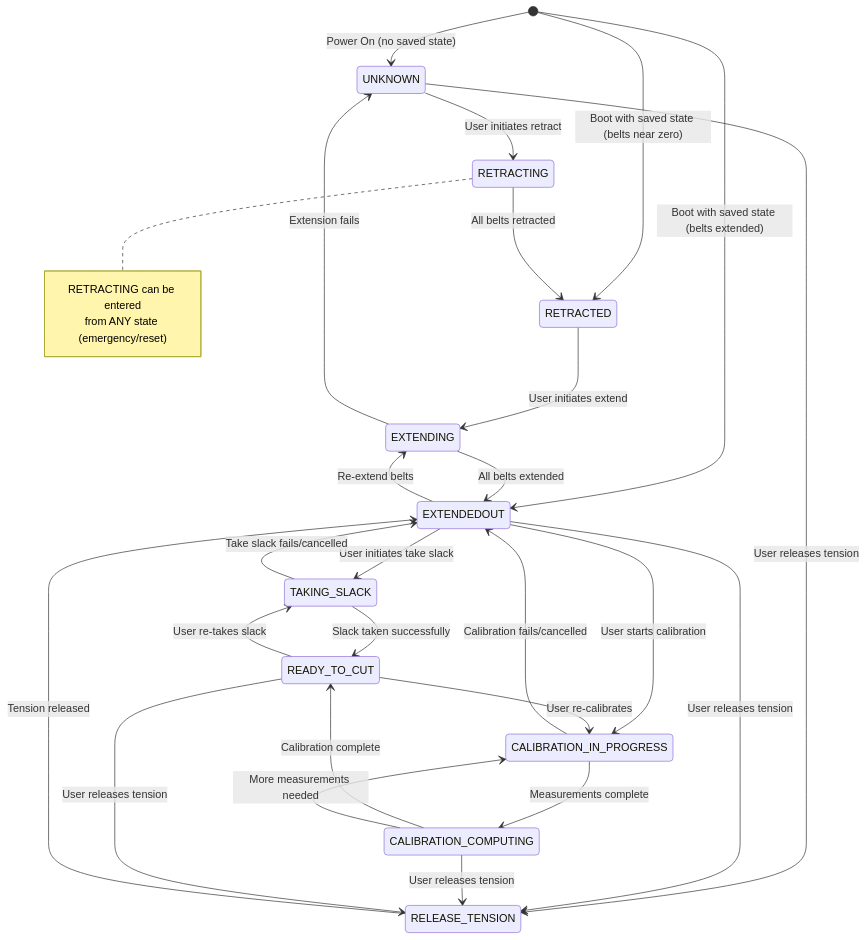
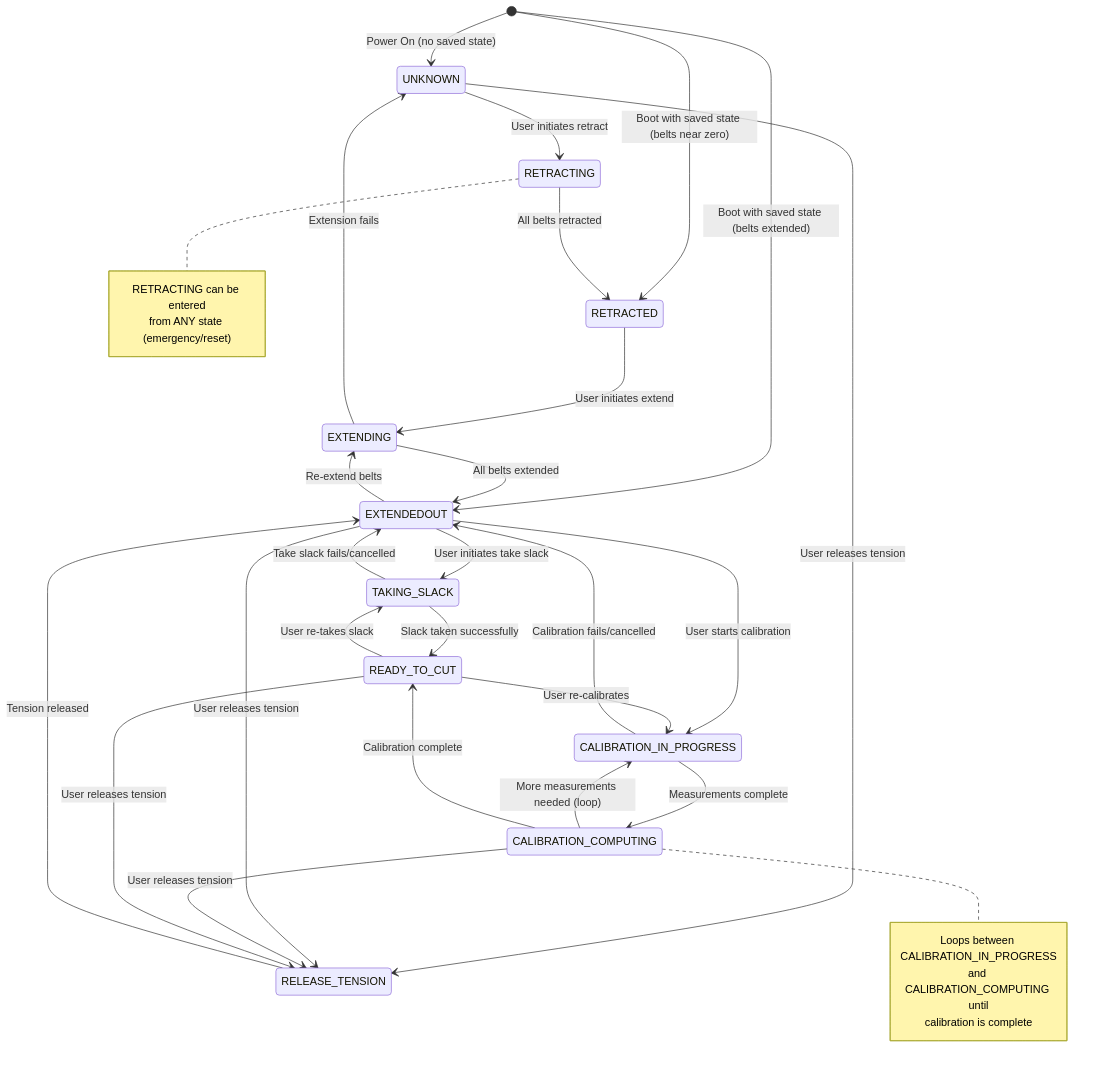
The diagram in docs/state-diagram.md (MaslowCNC/Maslow_4), drawn with Mermaid before and after one commit. The commit also changed other lines of this file and 2 other files, not shown here.

Commit message:
Clarify calibration loop flow in state diagrams

````diff
--- a/docs/state-diagram.md
+++ b/docs/state-diagram.md
@@ -22,53 +22,59 @@
 ```mermaid
 stateDiagram-v2
     [*] --> UNKNOWN: Power On (no saved state)
     [*] --> RETRACTED: Boot with saved state (belts near zero)
     [*] --> EXTENDEDOUT: Boot with saved state (belts extended)
 
     %% UNKNOWN transitions
     UNKNOWN --> RETRACTING: User initiates retract
     UNKNOWN --> RELEASE_TENSION: User releases tension
 
     %% RETRACTING transitions
     RETRACTING --> RETRACTED: All belts retracted
 
     %% RETRACTED transitions
     RETRACTED --> EXTENDING: User initiates extend
 
     %% EXTENDING transitions
     EXTENDING --> EXTENDEDOUT: All belts extended
     EXTENDING --> UNKNOWN: Extension fails
 
     %% EXTENDEDOUT transitions
     EXTENDEDOUT --> EXTENDING: Re-extend belts
     EXTENDEDOUT --> TAKING_SLACK: User initiates take slack
     EXTENDEDOUT --> CALIBRATION_IN_PROGRESS: User starts calibration
     EXTENDEDOUT --> RELEASE_TENSION: User releases tension
 
     %% TAKING_SLACK transitions
     TAKING_SLACK --> READY_TO_CUT: Slack taken successfully
     TAKING_SLACK --> EXTENDEDOUT: Take slack fails/cancelled
 
     %% CALIBRATION_IN_PROGRESS transitions
     CALIBRATION_IN_PROGRESS --> CALIBRATION_COMPUTING: Measurements complete
     CALIBRATION_IN_PROGRESS --> EXTENDEDOUT: Calibration fails/cancelled
 
-    %% CALIBRATION_COMPUTING transitions
+    %% CALIBRATION_COMPUTING transitions (loops back until complete)
+    CALIBRATION_COMPUTING --> CALIBRATION_IN_PROGRESS: More measurements needed (loop)
     CALIBRATION_COMPUTING --> READY_TO_CUT: Calibration complete
-    CALIBRATION_COMPUTING --> CALIBRATION_IN_PROGRESS: More measurements needed
     CALIBRATION_COMPUTING --> RELEASE_TENSION: User releases tension
+
+    note right of CALIBRATION_COMPUTING
+        Loops between CALIBRATION_IN_PROGRESS
+        and CALIBRATION_COMPUTING until
+        calibration is complete
+    end note
 
     %% READY_TO_CUT transitions
     READY_TO_CUT --> TAKING_SLACK: User re-takes slack
     READY_TO_CUT --> CALIBRATION_IN_PROGRESS: User re-calibrates
     READY_TO_CUT --> RELEASE_TENSION: User releases tension
 
     %% RELEASE_TENSION transitions
     RELEASE_TENSION --> EXTENDEDOUT: Tension released
 
     %% Global transitions (available from any state)
     note right of RETRACTING
         RETRACTING can be entered
         from ANY state (emergency/reset)
     end note
 ```
````
